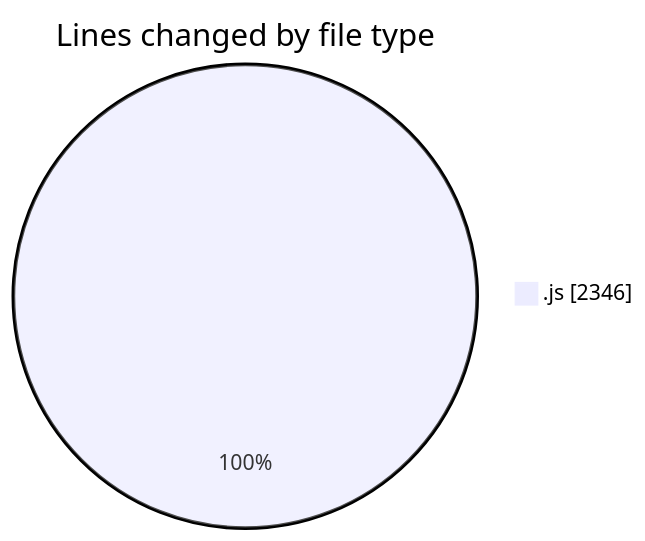
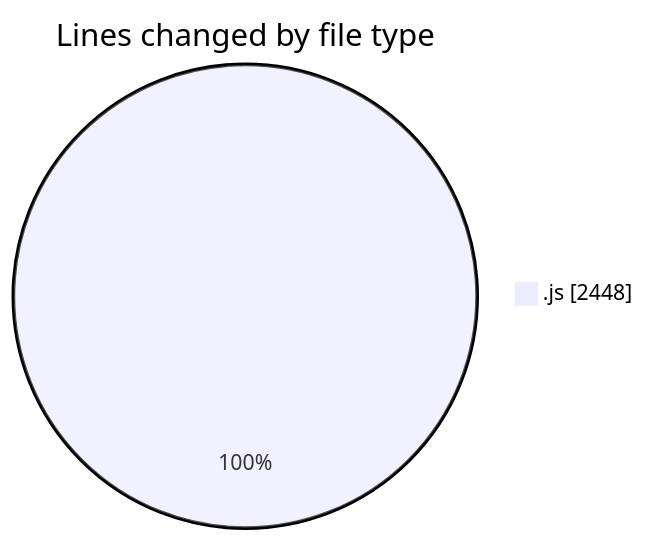
One commit to Ritupan-Deka/code-tracking changed the first of 2 diagrams in 2025-08-04/javascript/README.md. Above: the diagram before and after it, drawn with Mermaid. The commit also changed other lines of this file and 1 other file, not shown here.

````diff
--- a/2025-08-04/javascript/README.md
+++ b/2025-08-04/javascript/README.md
@@ -23,5 +23,5 @@
 ```mermaid
 pie showData
 title Lines changed by file type
-".js" : 2346
+".js" : 2448
 ```
````
